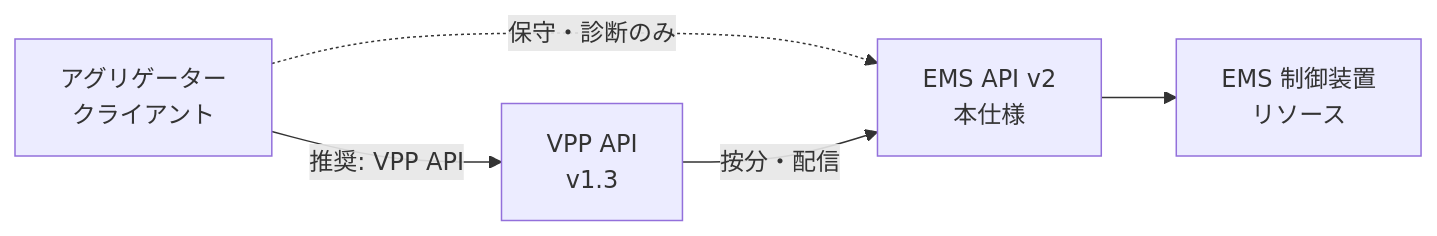
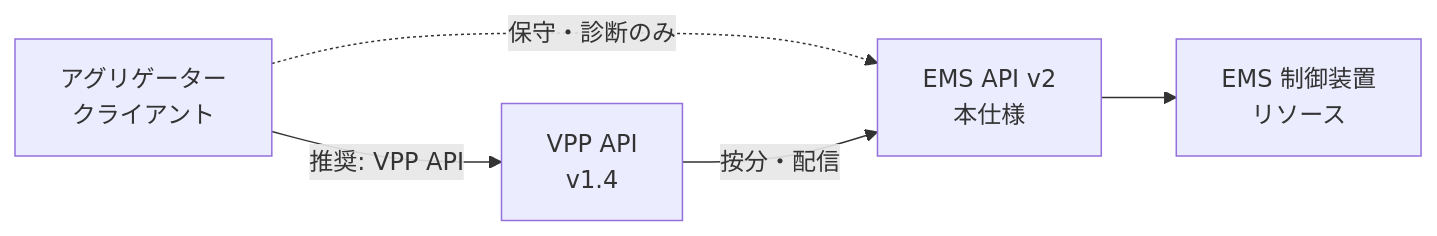
One commit to enapir/enecloud-api-spec changed the second of 20 diagrams in docs/ems-openapi-v2.md. Above: the diagram before and after it, drawn with Mermaid. The commit also changed other lines of this file and 20 other files, not shown here.

````diff
--- a/docs/ems-openapi-v2.md
+++ b/docs/ems-openapi-v2.md
@@ -87,12 +87,12 @@
 ```mermaid
 graph LR
     AGG[アグリゲーター<br/>クライアント]
-    VPP[VPP API<br/>v1.3]
+    VPP[VPP API<br/>v1.4]
     EMS[EMS API v2<br/>本仕様]
     DEV[EMS 制御装置<br/>リソース]
 
     AGG -->|推奨: VPP API| VPP
     AGG -.保守・診断のみ.-> EMS
     VPP -->|按分・配信| EMS
     EMS --> DEV
 ```
````
